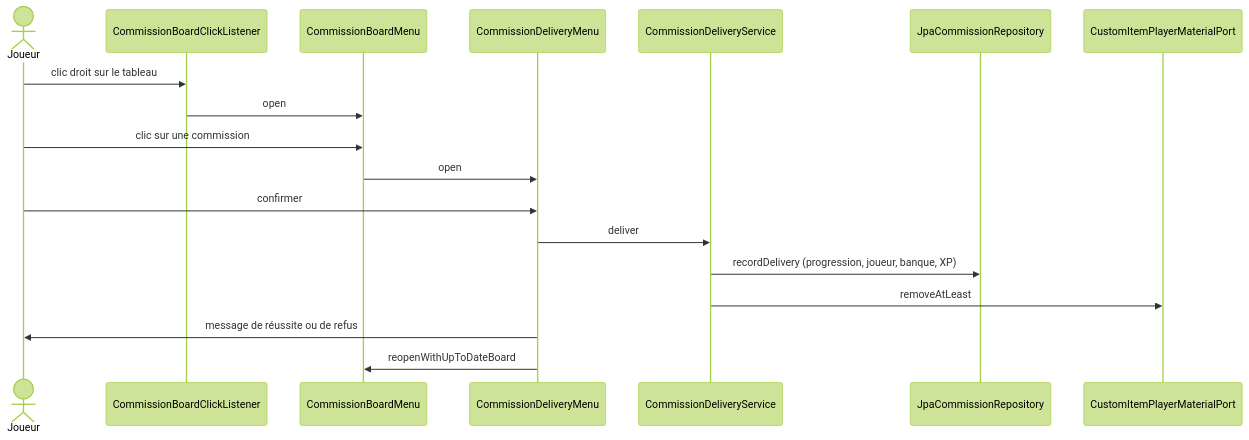
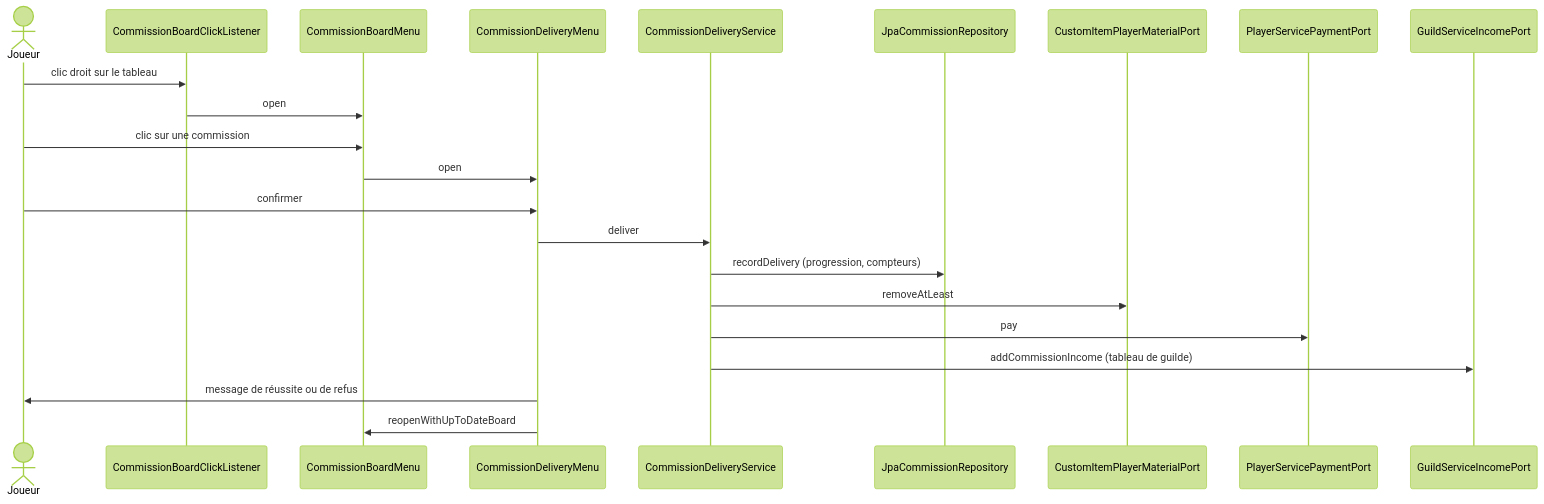
Before and after one commit to TesseractFR/TesseractSRP2: the second of 2 diagrams in commission-adapter/spec/commission-adapter-doc.md, drawn with Mermaid (forest theme). The commit also changed other lines of this file and 66 other files, not shown here.

````diff
--- a/commission-adapter/spec/commission-adapter-doc.md
+++ b/commission-adapter/spec/commission-adapter-doc.md
@@ -239,20 +246,24 @@
 ```mermaid
 sequenceDiagram
     actor J as Joueur
     participant L as CommissionBoardClickListener
     participant B as CommissionBoardMenu
     participant D as CommissionDeliveryMenu
     participant S as CommissionDeliveryService
     participant R as JpaCommissionRepository
     participant M as CustomItemPlayerMaterialPort
+    participant P as PlayerServicePaymentPort
+    participant G as GuildServiceIncomePort
     J->>L: clic droit sur le tableau
     L->>B: open
     J->>B: clic sur une commission
     B->>D: open
     J->>D: confirmer
     D->>S: deliver
-    S->>R: recordDelivery (progression, joueur, banque, XP)
+    S->>R: recordDelivery (progression, compteurs)
     S->>M: removeAtLeast
+    S->>P: pay
+    S->>G: addCommissionIncome (tableau de guilde)
     D->>J: message de réussite ou de refus
     D->>B: reopenWithUpToDateBoard
 ```
````
